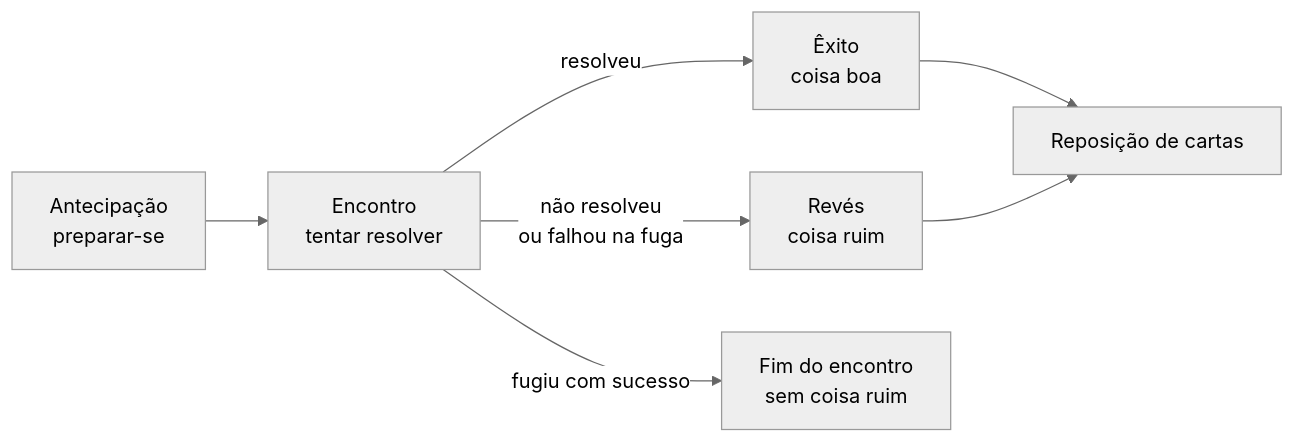
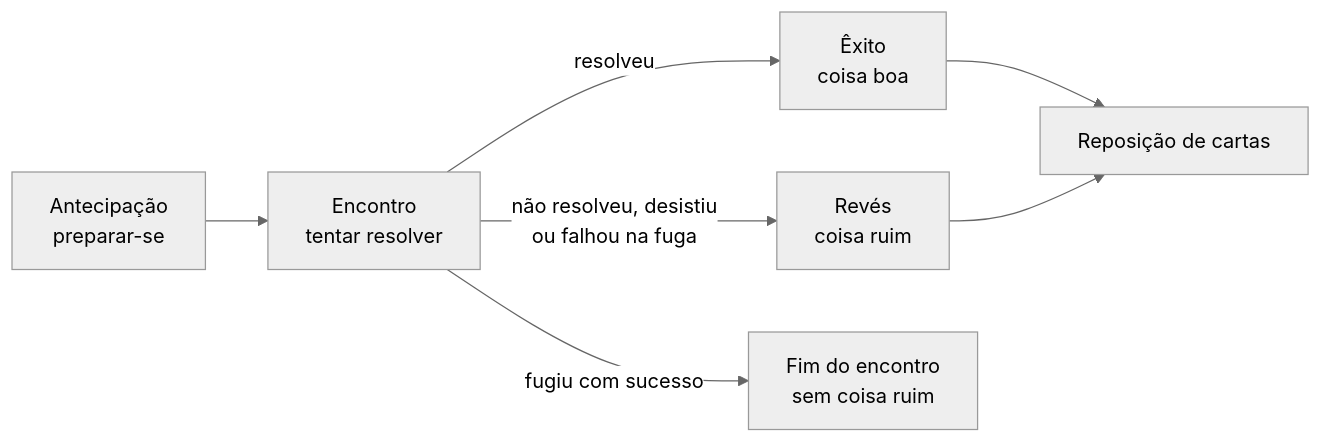
One commit to frnndog-suav/Misadventure_Frontend_V3 changed diagram 11 of 15 in docs/README.md. Above: the diagram before and after it, drawn with Mermaid (neutral theme). The commit also changed other lines of this file, not shown here.

````diff
--- a/docs/README.md
+++ b/docs/README.md
@@ -1478,9 +1490,9 @@
 ```mermaid
 flowchart LR
     A[Antecipação<br/>preparar-se] --> E[Encontro<br/>tentar resolver]
     E -->|resolveu| X[Êxito<br/>coisa boa]
-    E -->|não resolveu<br/>ou falhou na fuga| R[Revés<br/>coisa ruim]
+    E -->|não resolveu, desistiu<br/>ou falhou na fuga| R[Revés<br/>coisa ruim]
     E -->|fugiu com sucesso| F[Fim do encontro<br/>sem coisa ruim]
     X --> P[Reposição de cartas]
     R --> P
 ```
````
